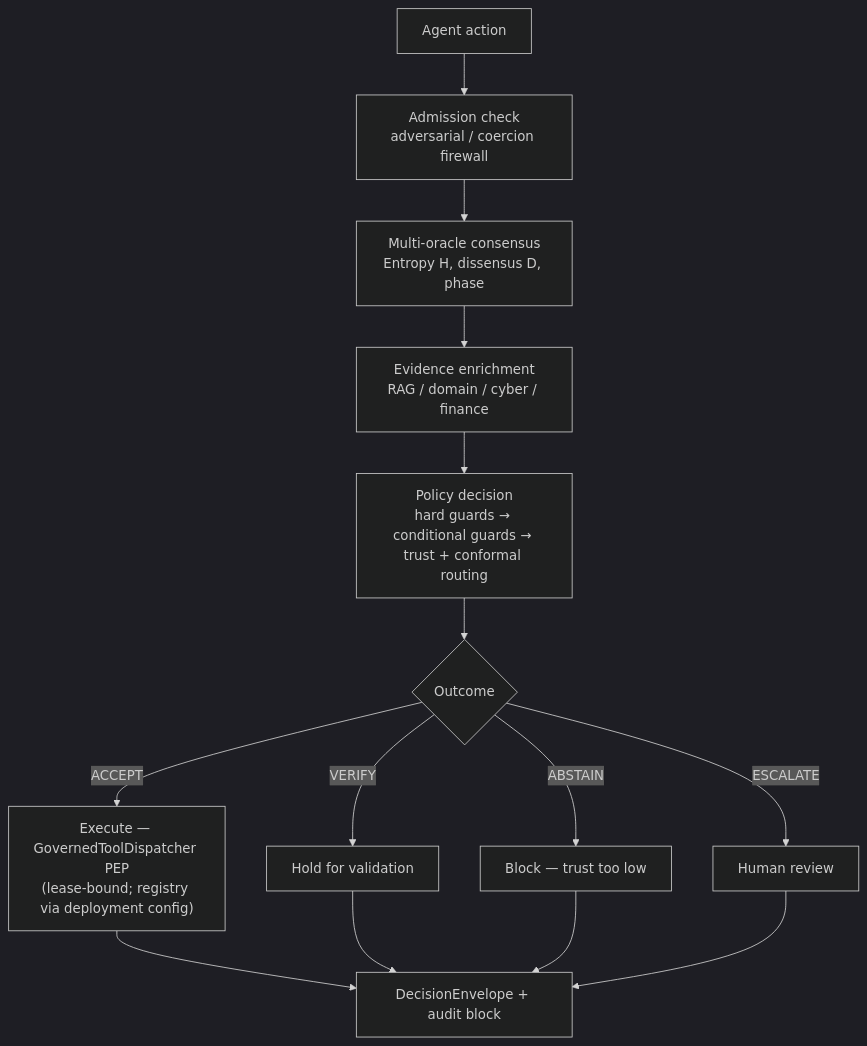
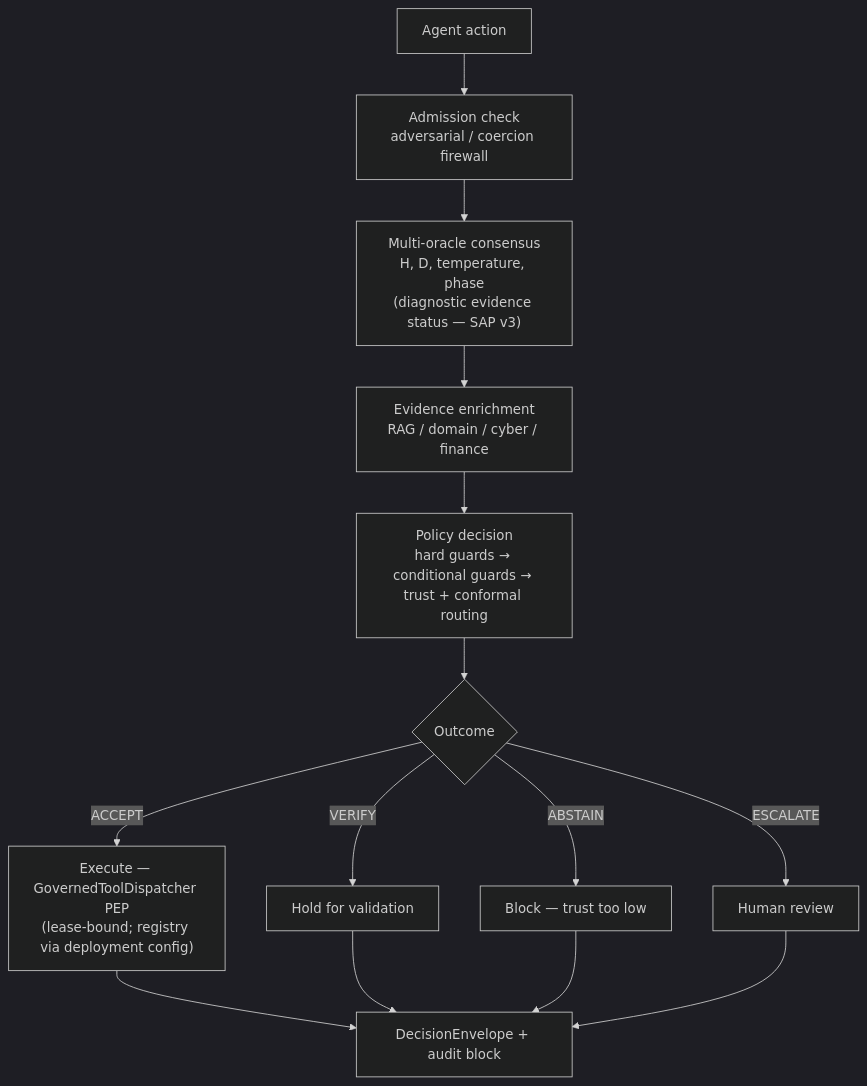
One commit to darklordVirtual/REMORA-research changed the diagram in README.md. Above: the diagram before and after it, drawn with Mermaid (dark theme). The commit also changed other lines of this file and 6 other files, not shown here.

````diff
--- a/README.md
+++ b/README.md
@@ -36,16 +36,16 @@
 ```mermaid
 flowchart TD
     A[Agent action] --> B[Admission check\nadversarial / coercion firewall]
-    B --> C[Multi-oracle consensus\nEntropy H, dissensus D, phase]
+    B --> C["Multi-oracle consensus\nH, D, temperature, phase\n(diagnostic evidence status — SAP v3)"]
     C --> D[Evidence enrichment\nRAG / domain / cyber / finance]
     D --> E[Policy decision\nhard guards → conditional guards → trust + conformal routing]
     E --> F{Outcome}
     F -->|ACCEPT| G["Execute — GovernedToolDispatcher PEP\n(lease-bound; registry via deployment config)"]
     F -->|VERIFY| H[Hold for validation]
     F -->|ABSTAIN| I[Block — trust too low]
     F -->|ESCALATE| J[Human review]
     G --> K[DecisionEnvelope + audit block]
     H --> K
     I --> K
     J --> K
 ```
````
